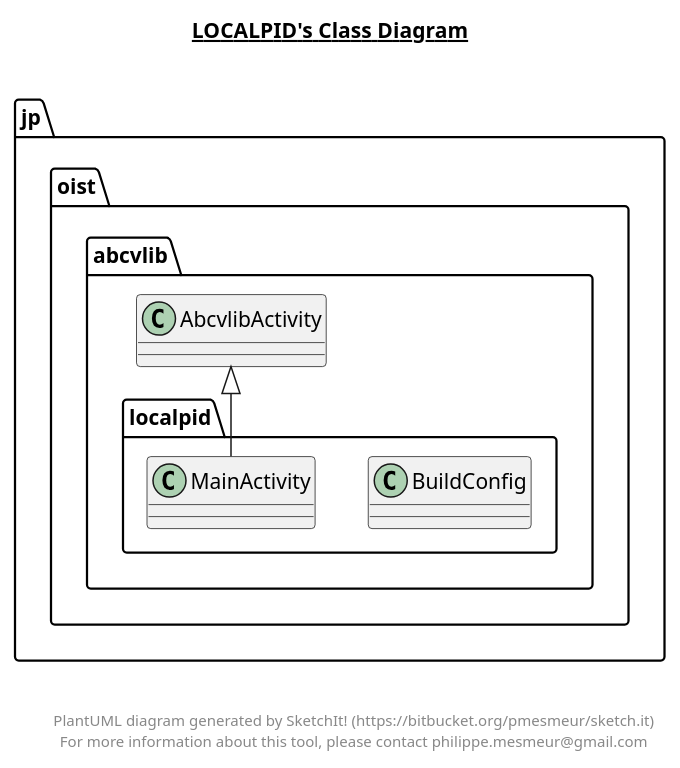
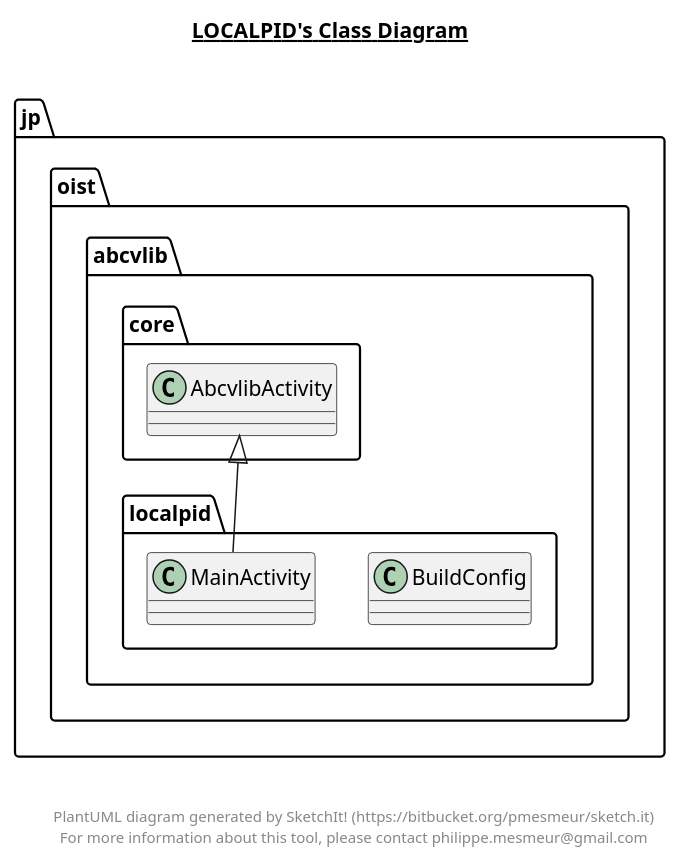
One commit to oist/smartphone-robot-android changed the diagram in pidBalancer/localPID.plantuml. Above: the diagram before and after it, drawn with PlantUML. The commit also changed 236 other files, not shown here.

```diff
--- a/pidBalancer/localPID.plantuml
+++ b/pidBalancer/localPID.plantuml
@@ -1,31 +1,31 @@
 @startuml
 
 title __LOCALPID's Class Diagram__\n
 
   namespace jp.oist.abcvlib {
     namespace localpid {
       class jp.oist.abcvlib.localpid.BuildConfig {
       }
     }
   }
   
 
   namespace jp.oist.abcvlib {
     namespace localpid {
       class jp.oist.abcvlib.localpid.MainActivity {
       }
     }
   }
   
 
-  jp.oist.abcvlib.localpid.MainActivity -up-|> jp.oist.abcvlib.AbcvlibActivity
+  jp.oist.abcvlib.localpid.MainActivity -up-|> jp.oist.abcvlib.core.AbcvlibActivity
 
 
 right footer
 
 
 PlantUML diagram generated by SketchIt! (https://bitbucket.org/pmesmeur/sketch.it)
 For more information about this tool, please contact philippe.mesmeur@gmail.com
 endfooter
 
 @enduml
```
